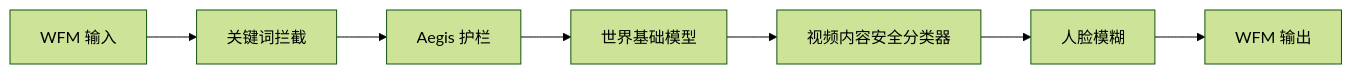
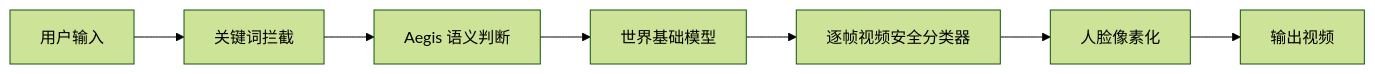
One commit to ChaoyuWang04/Orrery changed the second of 2 diagrams in reports/NVIDIA/Cosmos.md. Above: the diagram before and after it, drawn with Mermaid (forest theme). The commit also changed other lines of this file and 42 other files, not shown here.

````diff
--- a/reports/NVIDIA/Cosmos.md
+++ b/reports/NVIDIA/Cosmos.md
@@ -1073,9 +606,9 @@
 ```mermaid
 flowchart LR
-    IN["WFM 输入"] --> KW["关键词拦截"]
-    KW --> AEG["Aegis 护栏"]
-    AEG --> WFM["世界基础模型"]
-    WFM --> CLS["视频内容安全分类器"]
-    CLS --> BLUR["人脸模糊"]
-    BLUR --> OUT["WFM 输出"]
+    IN["用户输入"] --> KW["关键词拦截"]
+    KW --> AEGIS["Aegis 语义判断"]
+    AEGIS --> WFM["世界基础模型"]
+    WFM --> CLS["逐帧视频安全分类器"]
+    CLS --> BLUR["人脸像素化"]
+    BLUR --> OUT["输出视频"]
 ```
````
